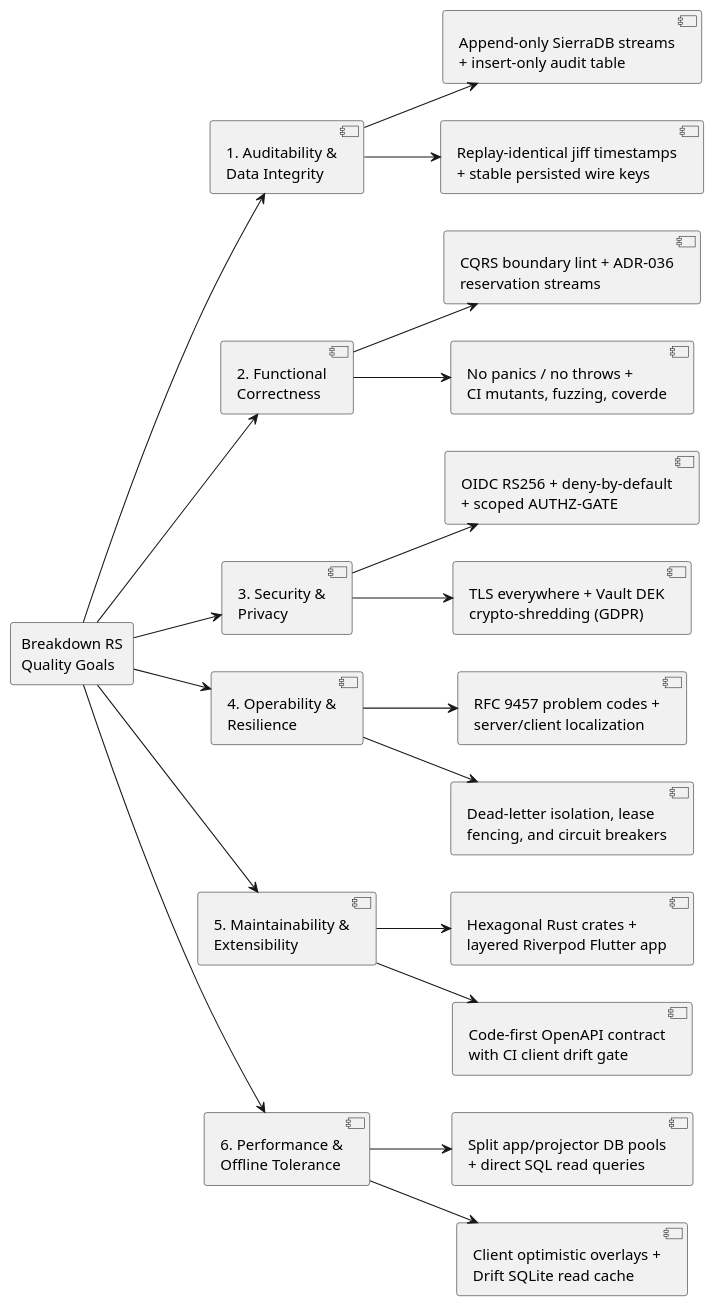
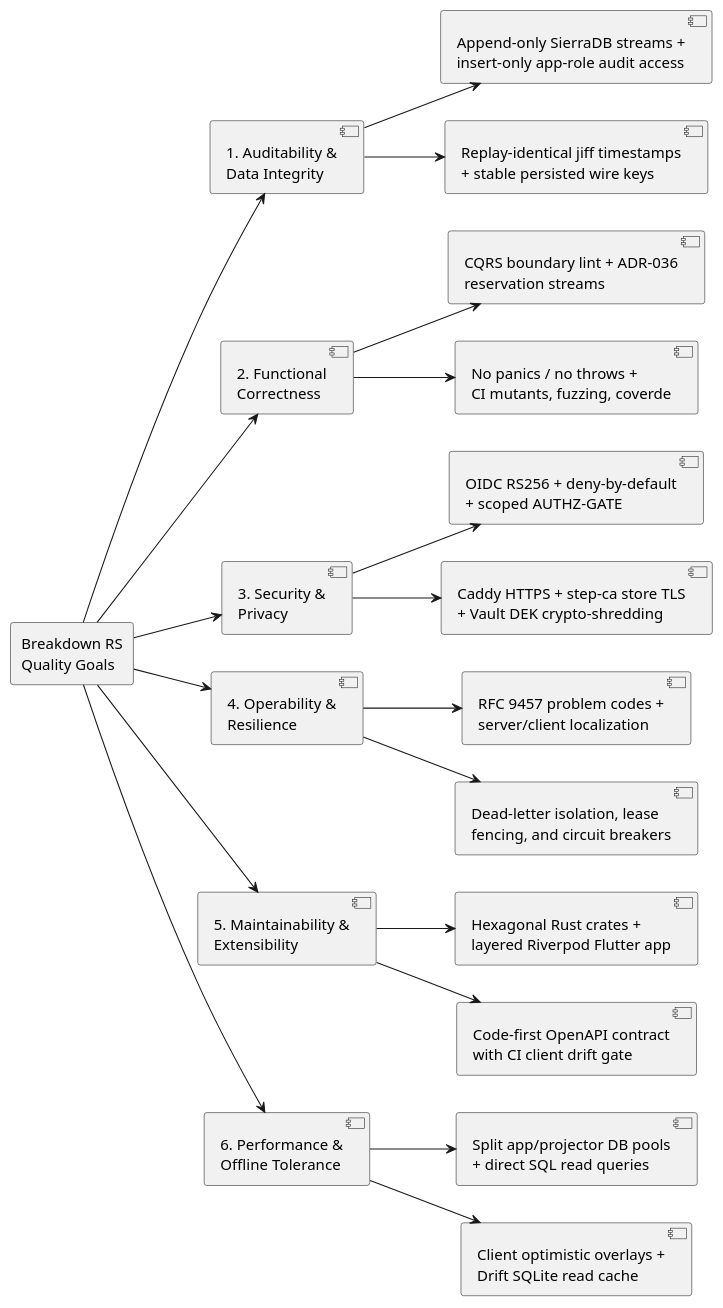
The diagram in backend/docs/architecture/diagrams/quality-tree.puml (tradem/breakdown-rs), drawn with PlantUML before and after one commit. The commit also changed 24 other files, not shown here.

```diff
--- a/backend/docs/architecture/diagrams/quality-tree.puml
+++ b/backend/docs/architecture/diagrams/quality-tree.puml
@@ -1,54 +1,54 @@
 @startuml quality-tree
 ' SPDX-License-Identifier: AGPL-3.0
 ' Copyright (C) 2024-2026 Breakdown RS Contributors
 ' Co-authored-by: kimi-k3 (neuralwatt)
 ' Co-authored-by: gemini-4-carbon (google)
 '
 ' arc42 quality tree for the Breakdown RS monorepo.
 
 skinparam shadowing false
 left to right direction
 
 rectangle "Breakdown RS\nQuality Goals" as root
 
 component "1. Auditability &\nData Integrity" as q1
 component "2. Functional\nCorrectness" as q2
 component "3. Security &\nPrivacy" as q3
 component "4. Operability &\nResilience" as q4
 component "5. Maintainability &\nExtensibility" as q5
 component "6. Performance &\nOffline Tolerance" as q6
 
-component "Append-only SierraDB streams\n+ insert-only audit table" as q1a
+component "Append-only SierraDB streams +\ninsert-only app-role audit access" as q1a
 component "Replay-identical jiff timestamps\n+ stable persisted wire keys" as q1b
 component "CQRS boundary lint + ADR-036\nreservation streams" as q2a
 component "No panics / no throws +\nCI mutants, fuzzing, coverde" as q2b
 component "OIDC RS256 + deny-by-default\n+ scoped AUTHZ-GATE" as q3a
-component "TLS everywhere + Vault DEK\ncrypto-shredding (GDPR)" as q3b
+component "Caddy HTTPS + step-ca store TLS\n+ Vault DEK crypto-shredding" as q3b
 component "RFC 9457 problem codes +\nserver/client localization" as q4a
 component "Dead-letter isolation, lease\nfencing, and circuit breakers" as q4b
 component "Hexagonal Rust crates +\nlayered Riverpod Flutter app" as q5a
 component "Code-first OpenAPI contract\nwith CI client drift gate" as q5b
 component "Split app/projector DB pools\n+ direct SQL read queries" as q6a
 component "Client optimistic overlays +\nDrift SQLite read cache" as q6b
 
 root --> q1
 root --> q2
 root --> q3
 root --> q4
 root --> q5
 root --> q6
 
 q1 --> q1a
 q1 --> q1b
 q2 --> q2a
 q2 --> q2b
 q3 --> q3a
 q3 --> q3b
 q4 --> q4a
 q4 --> q4b
 q5 --> q5a
 q5 --> q5b
 q6 --> q6a
 q6 --> q6b
 
 @enduml
```
